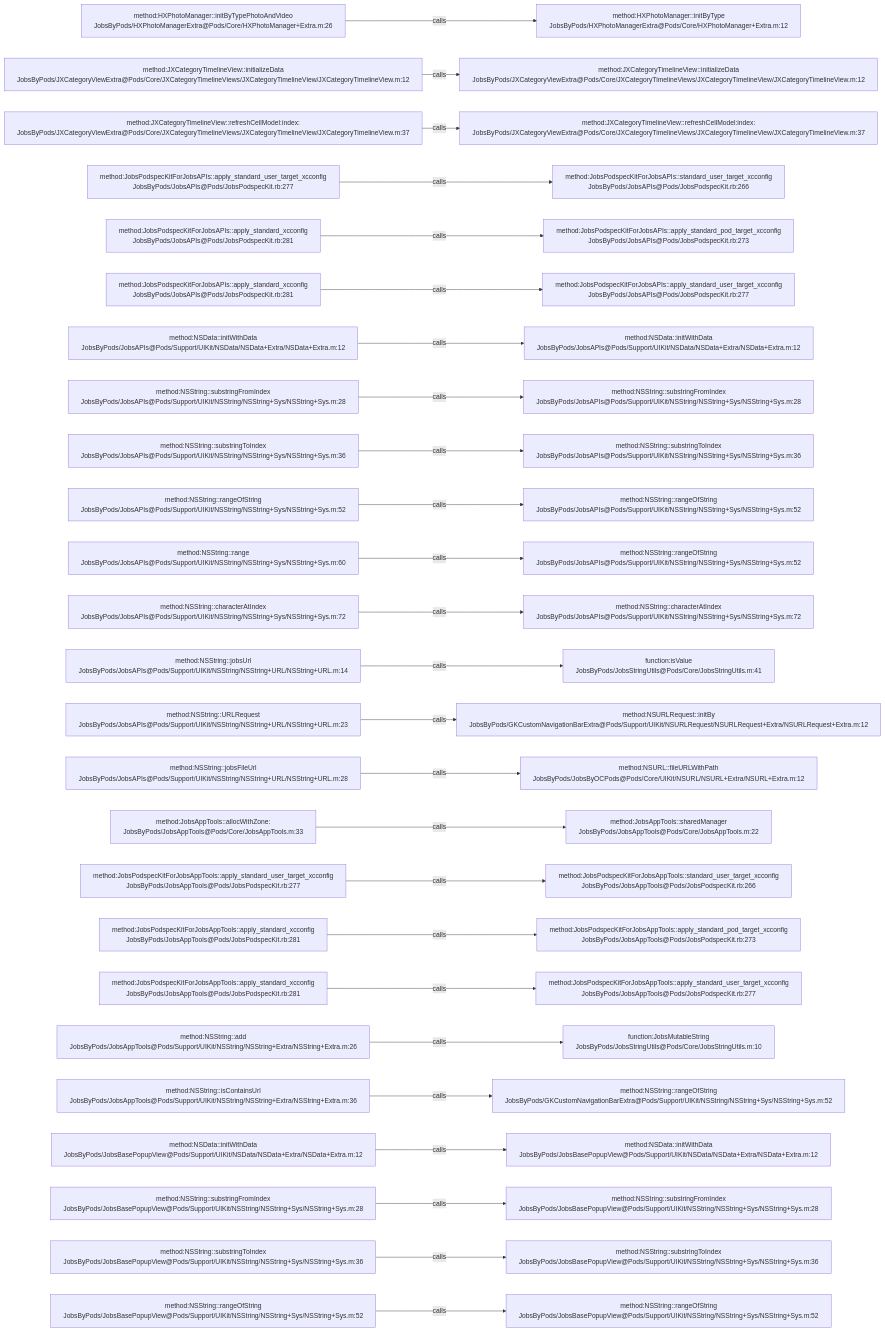
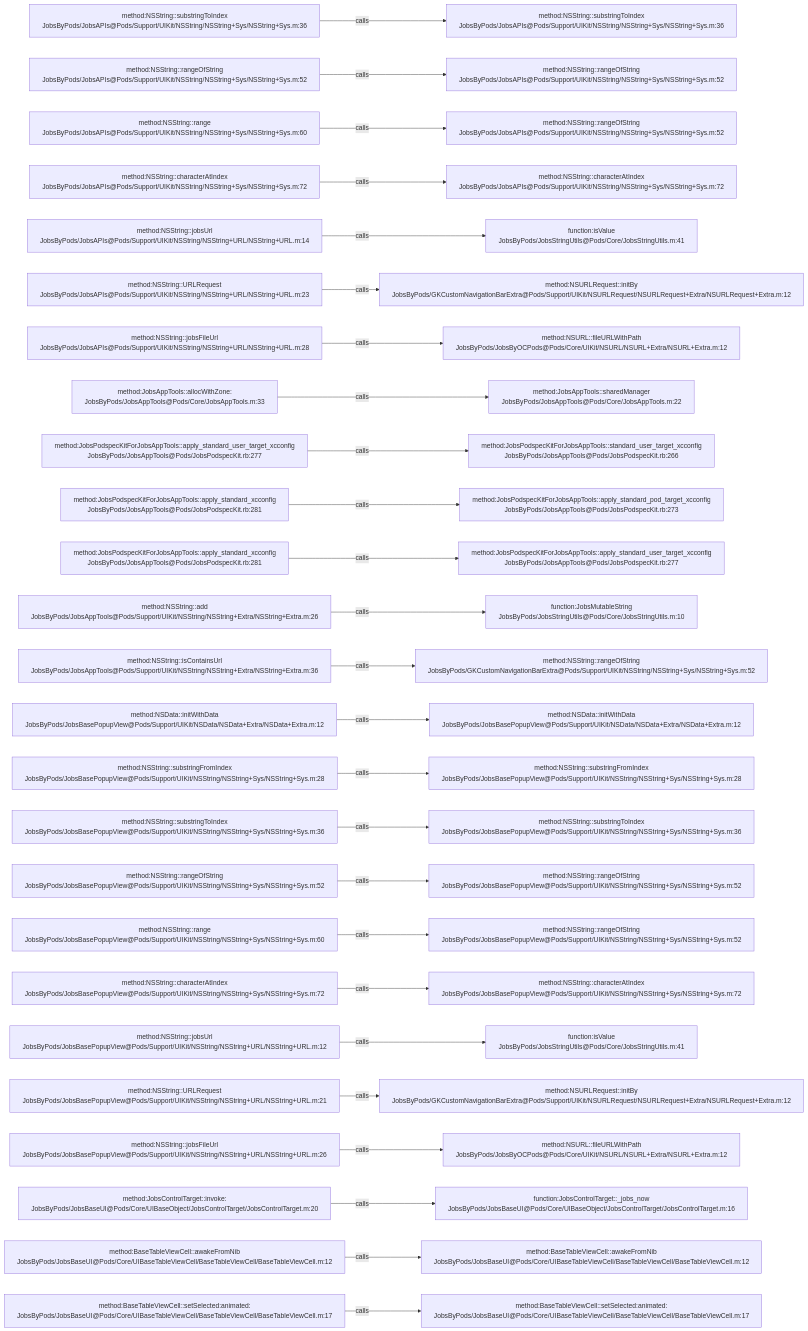
The diagram in .codegraph/codegraph.md/graphs/calls-002.md (JobsKits/JobsOCBaseConfigDemo), drawn with Mermaid before and after one commit. The commit also changed 1223 other files, not shown here.

````diff
--- a/.codegraph/codegraph.md/graphs/calls-002.md
+++ b/.codegraph/codegraph.md/graphs/calls-002.md
@@ -13,78 +13,78 @@
 ```mermaid
 flowchart LR
-  S1["method:HXPhotoManager::initByTypePhotoAndVideo<br/>JobsByPods/HXPhotoManagerExtra@Pods/Core/HXPhotoManager+Extra.m:26"]
-  T1["method:HXPhotoManager::initByType<br/>JobsByPods/HXPhotoManagerExtra@Pods/Core/HXPhotoManager+Extra.m:12"]
+  S1["method:NSString::substringToIndex<br/>JobsByPods/JobsAPIs@Pods/Support/UIKit/NSString/NSString+Sys/NSString+Sys.m:36"]
+  T1["method:NSString::substringToIndex<br/>JobsByPods/JobsAPIs@Pods/Support/UIKit/NSString/NSString+Sys/NSString+Sys.m:36"]
   S1 -->|calls| T1
-  S2["method:JXCategoryTimelineView::initializeData<br/>JobsByPods/JXCategoryViewExtra@Pods/Core/JXCategoryTimelineViews/JXCategoryTimelineView/JXCategoryTimelineView.m:12"]
-  T2["method:JXCategoryTimelineView::initializeData<br/>JobsByPods/JXCategoryViewExtra@Pods/Core/JXCategoryTimelineViews/JXCategoryTimelineView/JXCategoryTimelineView.m:12"]
+  S2["method:NSString::rangeOfString<br/>JobsByPods/JobsAPIs@Pods/Support/UIKit/NSString/NSString+Sys/NSString+Sys.m:52"]
+  T2["method:NSString::rangeOfString<br/>JobsByPods/JobsAPIs@Pods/Support/UIKit/NSString/NSString+Sys/NSString+Sys.m:52"]
   S2 -->|calls| T2
-  S3["method:JXCategoryTimelineView::refreshCellModel:index:<br/>JobsByPods/JXCategoryViewExtra@Pods/Core/JXCategoryTimelineViews/JXCategoryTimelineView/JXCategoryTimelineView.m:37"]
-  T3["method:JXCategoryTimelineView::refreshCellModel:index:<br/>JobsByPods/JXCategoryViewExtra@Pods/Core/JXCategoryTimelineViews/JXCategoryTimelineView/JXCategoryTimelineView.m:37"]
+  S3["method:NSString::range<br/>JobsByPods/JobsAPIs@Pods/Support/UIKit/NSString/NSString+Sys/NSString+Sys.m:60"]
+  T3["method:NSString::rangeOfString<br/>JobsByPods/JobsAPIs@Pods/Support/UIKit/NSString/NSString+Sys/NSString+Sys.m:52"]
   S3 -->|calls| T3
-  S4["method:JobsPodspecKitForJobsAPIs::apply_standard_user_target_xcconfig<br/>JobsByPods/JobsAPIs@Pods/JobsPodspecKit.rb:277"]
-  T4["method:JobsPodspecKitForJobsAPIs::standard_user_target_xcconfig<br/>JobsByPods/JobsAPIs@Pods/JobsPodspecKit.rb:266"]
+  S4["method:NSString::characterAtIndex<br/>JobsByPods/JobsAPIs@Pods/Support/UIKit/NSString/NSString+Sys/NSString+Sys.m:72"]
+  T4["method:NSString::characterAtIndex<br/>JobsByPods/JobsAPIs@Pods/Support/UIKit/NSString/NSString+Sys/NSString+Sys.m:72"]
   S4 -->|calls| T4
-  S5["method:JobsPodspecKitForJobsAPIs::apply_standard_xcconfig<br/>JobsByPods/JobsAPIs@Pods/JobsPodspecKit.rb:281"]
-  T5["method:JobsPodspecKitForJobsAPIs::apply_standard_pod_target_xcconfig<br/>JobsByPods/JobsAPIs@Pods/JobsPodspecKit.rb:273"]
+  S5["method:NSString::jobsUrl<br/>JobsByPods/JobsAPIs@Pods/Support/UIKit/NSString/NSString+URL/NSString+URL.m:14"]
+  T5["function:isValue<br/>JobsByPods/JobsStringUtils@Pods/Core/JobsStringUtils.m:41"]
   S5 -->|calls| T5
-  S6["method:JobsPodspecKitForJobsAPIs::apply_standard_xcconfig<br/>JobsByPods/JobsAPIs@Pods/JobsPodspecKit.rb:281"]
-  T6["method:JobsPodspecKitForJobsAPIs::apply_standard_user_target_xcconfig<br/>JobsByPods/JobsAPIs@Pods/JobsPodspecKit.rb:277"]
+  S6["method:NSString::URLRequest<br/>JobsByPods/JobsAPIs@Pods/Support/UIKit/NSString/NSString+URL/NSString+URL.m:23"]
+  T6["method:NSURLRequest::initBy<br/>JobsByPods/GKCustomNavigationBarExtra@Pods/Support/UIKit/NSURLRequest/NSURLRequest+Extra/NSURLRequest+Extra.m:12"]
   S6 -->|calls| T6
-  S7["method:NSData::initWithData<br/>JobsByPods/JobsAPIs@Pods/Support/UIKit/NSData/NSData+Extra/NSData+Extra.m:12"]
-  T7["method:NSData::initWithData<br/>JobsByPods/JobsAPIs@Pods/Support/UIKit/NSData/NSData+Extra/NSData+Extra.m:12"]
+  S7["method:NSString::jobsFileUrl<br/>JobsByPods/JobsAPIs@Pods/Support/UIKit/NSString/NSString+URL/NSString+URL.m:28"]
+  T7["method:NSURL::fileURLWithPath<br/>JobsByPods/JobsByOCPods@Pods/Core/UIKit/NSURL/NSURL+Extra/NSURL+Extra.m:12"]
   S7 -->|calls| T7
-  S8["method:NSString::substringFromIndex<br/>JobsByPods/JobsAPIs@Pods/Support/UIKit/NSString/NSString+Sys/NSString+Sys.m:28"]
-  T8["method:NSString::substringFromIndex<br/>JobsByPods/JobsAPIs@Pods/Support/UIKit/NSString/NSString+Sys/NSString+Sys.m:28"]
+  S8["method:JobsAppTools::allocWithZone:<br/>JobsByPods/JobsAppTools@Pods/Core/JobsAppTools.m:33"]
+  T8["method:JobsAppTools::sharedManager<br/>JobsByPods/JobsAppTools@Pods/Core/JobsAppTools.m:22"]
   S8 -->|calls| T8
-  S9["method:NSString::substringToIndex<br/>JobsByPods/JobsAPIs@Pods/Support/UIKit/NSString/NSString+Sys/NSString+Sys.m:36"]
-  T9["method:NSString::substringToIndex<br/>JobsByPods/JobsAPIs@Pods/Support/UIKit/NSString/NSString+Sys/NSString+Sys.m:36"]
+  S9["method:JobsPodspecKitForJobsAppTools::apply_standard_user_target_xcconfig<br/>JobsByPods/JobsAppTools@Pods/JobsPodspecKit.rb:277"]
+  T9["method:JobsPodspecKitForJobsAppTools::standard_user_target_xcconfig<br/>JobsByPods/JobsAppTools@Pods/JobsPodspecKit.rb:266"]
   S9 -->|calls| T9
-  S10["method:NSString::rangeOfString<br/>JobsByPods/JobsAPIs@Pods/Support/UIKit/NSString/NSString+Sys/NSString+Sys.m:52"]
-  T10["method:NSString::rangeOfString<br/>JobsByPods/JobsAPIs@Pods/Support/UIKit/NSString/NSString+Sys/NSString+Sys.m:52"]
+  S10["method:JobsPodspecKitForJobsAppTools::apply_standard_xcconfig<br/>JobsByPods/JobsAppTools@Pods/JobsPodspecKit.rb:281"]
+  T10["method:JobsPodspecKitForJobsAppTools::apply_standard_pod_target_xcconfig<br/>JobsByPods/JobsAppTools@Pods/JobsPodspecKit.rb:273"]
   S10 -->|calls| T10
-  S11["method:NSString::range<br/>JobsByPods/JobsAPIs@Pods/Support/UIKit/NSString/NSString+Sys/NSString+Sys.m:60"]
-  T11["method:NSString::rangeOfString<br/>JobsByPods/JobsAPIs@Pods/Support/UIKit/NSString/NSString+Sys/NSString+Sys.m:52"]
+  S11["method:JobsPodspecKitForJobsAppTools::apply_standard_xcconfig<br/>JobsByPods/JobsAppTools@Pods/JobsPodspecKit.rb:281"]
+  T11["method:JobsPodspecKitForJobsAppTools::apply_standard_user_target_xcconfig<br/>JobsByPods/JobsAppTools@Pods/JobsPodspecKit.rb:277"]
   S11 -->|calls| T11
-  S12["method:NSString::characterAtIndex<br/>JobsByPods/JobsAPIs@Pods/Support/UIKit/NSString/NSString+Sys/NSString+Sys.m:72"]
-  T12["method:NSString::characterAtIndex<br/>JobsByPods/JobsAPIs@Pods/Support/UIKit/NSString/NSString+Sys/NSString+Sys.m:72"]
+  S12["method:NSString::add<br/>JobsByPods/JobsAppTools@Pods/Support/UIKit/NSString/NSString+Extra/NSString+Extra.m:26"]
+  T12["function:JobsMutableString<br/>JobsByPods/JobsStringUtils@Pods/Core/JobsStringUtils.m:10"]
   S12 -->|calls| T12
-  S13["method:NSString::jobsUrl<br/>JobsByPods/JobsAPIs@Pods/Support/UIKit/NSString/NSString+URL/NSString+URL.m:14"]
-  T13["function:isValue<br/>JobsByPods/JobsStringUtils@Pods/Core/JobsStringUtils.m:41"]
+  S13["method:NSString::isContainsUrl<br/>JobsByPods/JobsAppTools@Pods/Support/UIKit/NSString/NSString+Extra/NSString+Extra.m:36"]
+  T13["method:NSString::rangeOfString<br/>JobsByPods/GKCustomNavigationBarExtra@Pods/Support/UIKit/NSString/NSString+Sys/NSString+Sys.m:52"]
   S13 -->|calls| T13
-  S14["method:NSString::URLRequest<br/>JobsByPods/JobsAPIs@Pods/Support/UIKit/NSString/NSString+URL/NSString+URL.m:23"]
-  T14["method:NSURLRequest::initBy<br/>JobsByPods/GKCustomNavigationBarExtra@Pods/Support/UIKit/NSURLRequest/NSURLRequest+Extra/NSURLRequest+Extra.m:12"]
+  S14["method:NSData::initWithData<br/>JobsByPods/JobsBasePopupView@Pods/Support/UIKit/NSData/NSData+Extra/NSData+Extra.m:12"]
+  T14["method:NSData::initWithData<br/>JobsByPods/JobsBasePopupView@Pods/Support/UIKit/NSData/NSData+Extra/NSData+Extra.m:12"]
   S14 -->|calls| T14
-  S15["method:NSString::jobsFileUrl<br/>JobsByPods/JobsAPIs@Pods/Support/UIKit/NSString/NSString+URL/NSString+URL.m:28"]
-  T15["method:NSURL::fileURLWithPath<br/>JobsByPods/JobsByOCPods@Pods/Core/UIKit/NSURL/NSURL+Extra/NSURL+Extra.m:12"]
+  S15["method:NSString::substringFromIndex<br/>JobsByPods/JobsBasePopupView@Pods/Support/UIKit/NSString/NSString+Sys/NSString+Sys.m:28"]
+  T15["method:NSString::substringFromIndex<br/>JobsByPods/JobsBasePopupView@Pods/Support/UIKit/NSString/NSString+Sys/NSString+Sys.m:28"]
   S15 -->|calls| T15
-  S16["method:JobsAppTools::allocWithZone:<br/>JobsByPods/JobsAppTools@Pods/Core/JobsAppTools.m:33"]
-  T16["method:JobsAppTools::sharedManager<br/>JobsByPods/JobsAppTools@Pods/Core/JobsAppTools.m:22"]
+  S16["method:NSString::substringToIndex<br/>JobsByPods/JobsBasePopupView@Pods/Support/UIKit/NSString/NSString+Sys/NSString+Sys.m:36"]
+  T16["method:NSString::substringToIndex<br/>JobsByPods/JobsBasePopupView@Pods/Support/UIKit/NSString/NSString+Sys/NSString+Sys.m:36"]
   S16 -->|calls| T16
-  S17["method:JobsPodspecKitForJobsAppTools::apply_standard_user_target_xcconfig<br/>JobsByPods/JobsAppTools@Pods/JobsPodspecKit.rb:277"]
-  T17["method:JobsPodspecKitForJobsAppTools::standard_user_target_xcconfig<br/>JobsByPods/JobsAppTools@Pods/JobsPodspecKit.rb:266"]
+  S17["method:NSString::rangeOfString<br/>JobsByPods/JobsBasePopupView@Pods/Support/UIKit/NSString/NSString+Sys/NSString+Sys.m:52"]
+  T17["method:NSString::rangeOfString<br/>JobsByPods/JobsBasePopupView@Pods/Support/UIKit/NSString/NSString+Sys/NSString+Sys.m:52"]
   S17 -->|calls| T17
-  S18["method:JobsPodspecKitForJobsAppTools::apply_standard_xcconfig<br/>JobsByPods/JobsAppTools@Pods/JobsPodspecKit.rb:281"]
-  T18["method:JobsPodspecKitForJobsAppTools::apply_standard_pod_target_xcconfig<br/>JobsByPods/JobsAppTools@Pods/JobsPodspecKit.rb:273"]
+  S18["method:NSString::range<br/>JobsByPods/JobsBasePopupView@Pods/Support/UIKit/NSString/NSString+Sys/NSString+Sys.m:60"]
+  T18["method:NSString::rangeOfString<br/>JobsByPods/JobsBasePopupView@Pods/Support/UIKit/NSString/NSString+Sys/NSString+Sys.m:52"]
   S18 -->|calls| T18
-  S19["method:JobsPodspecKitForJobsAppTools::apply_standard_xcconfig<br/>JobsByPods/JobsAppTools@Pods/JobsPodspecKit.rb:281"]
-  T19["method:JobsPodspecKitForJobsAppTools::apply_standard_user_target_xcconfig<br/>JobsByPods/JobsAppTools@Pods/JobsPodspecKit.rb:277"]
+  S19["method:NSString::characterAtIndex<br/>JobsByPods/JobsBasePopupView@Pods/Support/UIKit/NSString/NSString+Sys/NSString+Sys.m:72"]
+  T19["method:NSString::characterAtIndex<br/>JobsByPods/JobsBasePopupView@Pods/Support/UIKit/NSString/NSString+Sys/NSString+Sys.m:72"]
   S19 -->|calls| T19
-  S20["method:NSString::add<br/>JobsByPods/JobsAppTools@Pods/Support/UIKit/NSString/NSString+Extra/NSString+Extra.m:26"]
-  T20["function:JobsMutableString<br/>JobsByPods/JobsStringUtils@Pods/Core/JobsStringUtils.m:10"]
+  S20["method:NSString::jobsUrl<br/>JobsByPods/JobsBasePopupView@Pods/Support/UIKit/NSString/NSString+URL/NSString+URL.m:12"]
+  T20["function:isValue<br/>JobsByPods/JobsStringUtils@Pods/Core/JobsStringUtils.m:41"]
   S20 -->|calls| T20
-  S21["method:NSString::isContainsUrl<br/>JobsByPods/JobsAppTools@Pods/Support/UIKit/NSString/NSString+Extra/NSString+Extra.m:36"]
-  T21["method:NSString::rangeOfString<br/>JobsByPods/GKCustomNavigationBarExtra@Pods/Support/UIKit/NSString/NSString+Sys/NSString+Sys.m:52"]
+  S21["method:NSString::URLRequest<br/>JobsByPods/JobsBasePopupView@Pods/Support/UIKit/NSString/NSString+URL/NSString+URL.m:21"]
+  T21["method:NSURLRequest::initBy<br/>JobsByPods/GKCustomNavigationBarExtra@Pods/Support/UIKit/NSURLRequest/NSURLRequest+Extra/NSURLRequest+Extra.m:12"]
   S21 -->|calls| T21
-  S22["method:NSData::initWithData<br/>JobsByPods/JobsBasePopupView@Pods/Support/UIKit/NSData/NSData+Extra/NSData+Extra.m:12"]
-  T22["method:NSData::initWithData<br/>JobsByPods/JobsBasePopupView@Pods/Support/UIKit/NSData/NSData+Extra/NSData+Extra.m:12"]
+  S22["method:NSString::jobsFileUrl<br/>JobsByPods/JobsBasePopupView@Pods/Support/UIKit/NSString/NSString+URL/NSString+URL.m:26"]
+  T22["method:NSURL::fileURLWithPath<br/>JobsByPods/JobsByOCPods@Pods/Core/UIKit/NSURL/NSURL+Extra/NSURL+Extra.m:12"]
   S22 -->|calls| T22
-  S23["method:NSString::substringFromIndex<br/>JobsByPods/JobsBasePopupView@Pods/Support/UIKit/NSString/NSString+Sys/NSString+Sys.m:28"]
-  T23["method:NSString::substringFromIndex<br/>JobsByPods/JobsBasePopupView@Pods/Support/UIKit/NSString/NSString+Sys/NSString+Sys.m:28"]
+  S23["method:JobsControlTarget::invoke:<br/>JobsByPods/JobsBaseUI@Pods/Core/UIBaseObject/JobsControlTarget/JobsControlTarget.m:20"]
+  T23["function:JobsControlTarget::_jobs_now<br/>JobsByPods/JobsBaseUI@Pods/Core/UIBaseObject/JobsControlTarget/JobsControlTarget.m:16"]
   S23 -->|calls| T23
-  S24["method:NSString::substringToIndex<br/>JobsByPods/JobsBasePopupView@Pods/Support/UIKit/NSString/NSString+Sys/NSString+Sys.m:36"]
-  T24["method:NSString::substringToIndex<br/>JobsByPods/JobsBasePopupView@Pods/Support/UIKit/NSString/NSString+Sys/NSString+Sys.m:36"]
+  S24["method:BaseTableViewCell::awakeFromNib<br/>JobsByPods/JobsBaseUI@Pods/Core/UIBaseTableViewCell/BaseTableViewCell/BaseTableViewCell.m:12"]
+  T24["method:BaseTableViewCell::awakeFromNib<br/>JobsByPods/JobsBaseUI@Pods/Core/UIBaseTableViewCell/BaseTableViewCell/BaseTableViewCell.m:12"]
   S24 -->|calls| T24
-  S25["method:NSString::rangeOfString<br/>JobsByPods/JobsBasePopupView@Pods/Support/UIKit/NSString/NSString+Sys/NSString+Sys.m:52"]
-  T25["method:NSString::rangeOfString<br/>JobsByPods/JobsBasePopupView@Pods/Support/UIKit/NSString/NSString+Sys/NSString+Sys.m:52"]
+  S25["method:BaseTableViewCell::setSelected:animated:<br/>JobsByPods/JobsBaseUI@Pods/Core/UIBaseTableViewCell/BaseTableViewCell/BaseTableViewCell.m:17"]
+  T25["method:BaseTableViewCell::setSelected:animated:<br/>JobsByPods/JobsBaseUI@Pods/Core/UIBaseTableViewCell/BaseTableViewCell/BaseTableViewCell.m:17"]
   S25 -->|calls| T25
 ```
````
